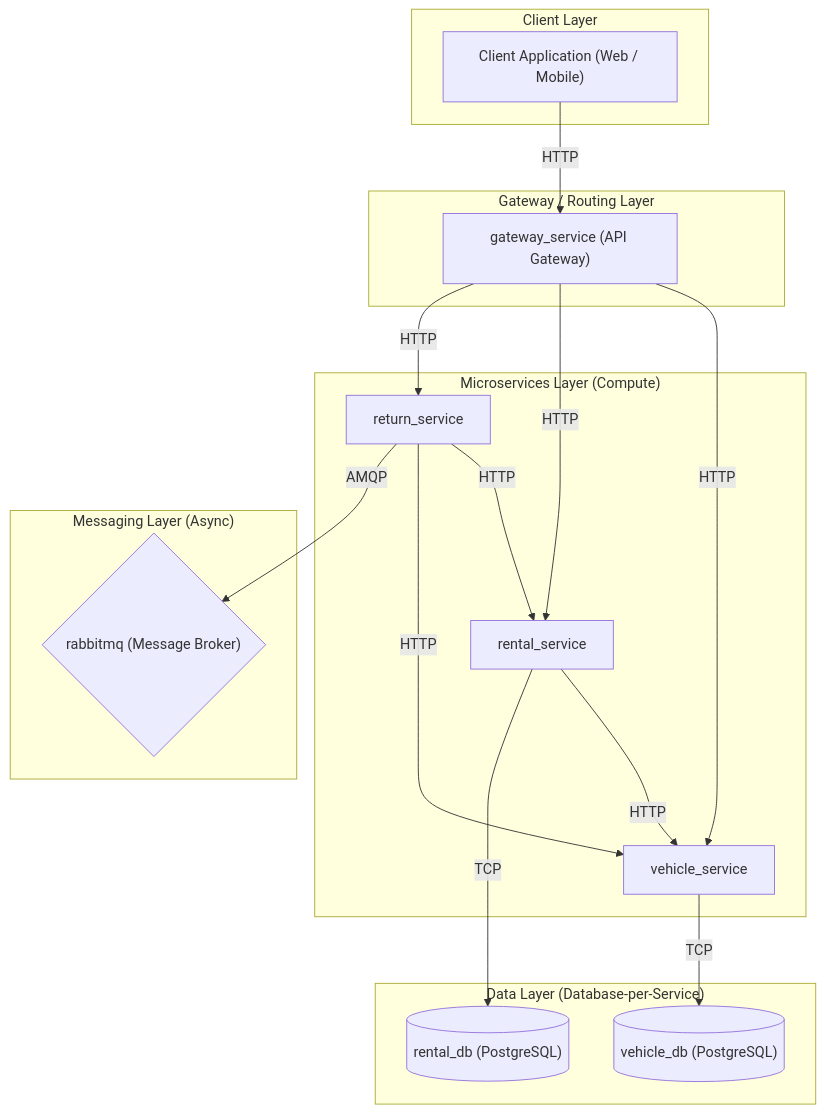
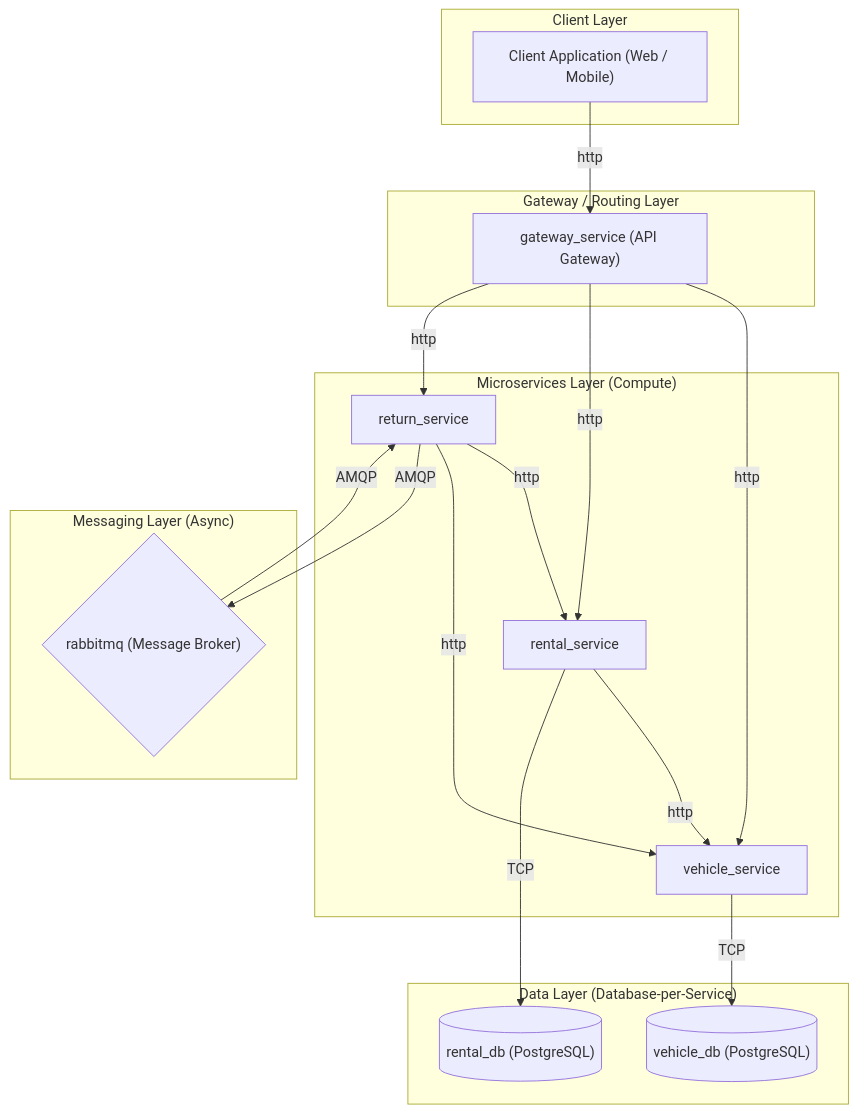
The diagram in docs/designed_architecture.md (RanWeissman/Deliverables), drawn with Mermaid before and after one commit. The commit also changed 1 other file, not shown here.

Commit message:
readme_changes

````diff
--- a/docs/designed_architecture.md
+++ b/docs/designed_architecture.md
@@ -1,55 +1,56 @@
 ```mermaid
 graph TD
     %% Client Layer
     subgraph "Client Layer"
         Client["Client Application (Web / Mobile)"]
     end
 
     %% Gateway / Routing Layer
     subgraph "Gateway / Routing Layer"
         GatewayService["gateway_service (API Gateway)"]
     end
 
     %% Microservices Layer
     subgraph "Microservices Layer (Compute)"
         VehicleService["vehicle_service"]
         RentalService["rental_service"]
         ReturnService["return_service"]
     end
 
     %% Messaging Layer
     subgraph "Messaging Layer (Async)"
         RabbitMQ{"rabbitmq (Message Broker)"}
     end
 
     %% Data Layer
     subgraph "Data Layer (Database-per-Service)"
         VehicleDB[("vehicle_db (PostgreSQL)")]
         RentalDB[("rental_db (PostgreSQL)")]
     end
 
     %% Connections & Flows
 
     %% Client -> Gateway
-    Client -- HTTP --> GatewayService
+    Client -- http --> GatewayService
 
     %% Gateway -> Microservices (Synchronous)
-    GatewayService -- HTTP --> VehicleService
-    GatewayService -- HTTP --> RentalService
-    GatewayService -- HTTP --> ReturnService
+    GatewayService -- http --> VehicleService
+    GatewayService -- http --> RentalService
+    GatewayService -- http --> ReturnService
 
     %% Microservice -> Microservice (Synchronous HTTP)
-    RentalService -- HTTP --> VehicleService
-    ReturnService -- HTTP --> RentalService
-    ReturnService -- HTTP --> VehicleService
+    RentalService -- http --> VehicleService
+    ReturnService -- http --> RentalService
+    ReturnService -- http --> VehicleService
 
-    %% Microservices -> Messaging Layer (Asynchronous AMQP)
+    %% Microservices <-> Messaging Layer (Asynchronous AMQP)
     ReturnService -- AMQP --> RabbitMQ
+    RabbitMQ -- AMQP --> ReturnService
     
     %% Note: Other services may publish to RabbitMQ, 
     %% but return_service is explicitly connected via RABBITMQ_URI
 
     %% Microservices -> Data Layer
     VehicleService -- TCP --> VehicleDB
     RentalService -- TCP --> RentalDB
 ```
````
